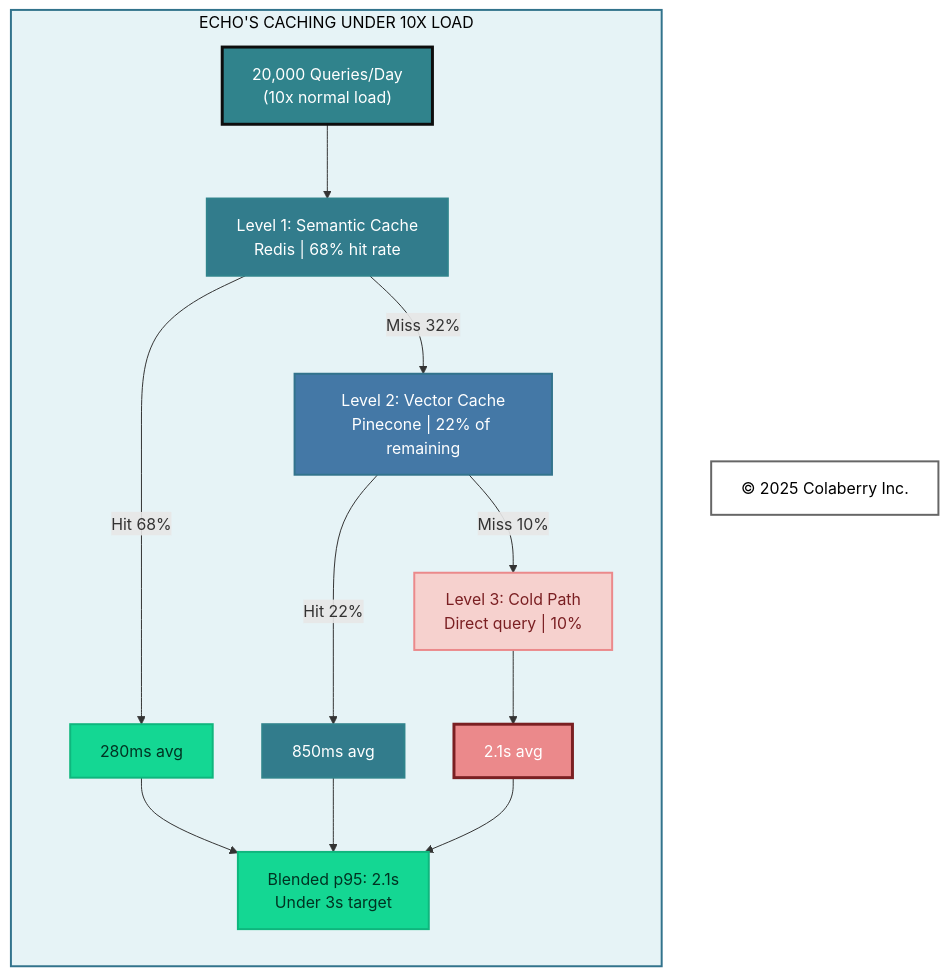
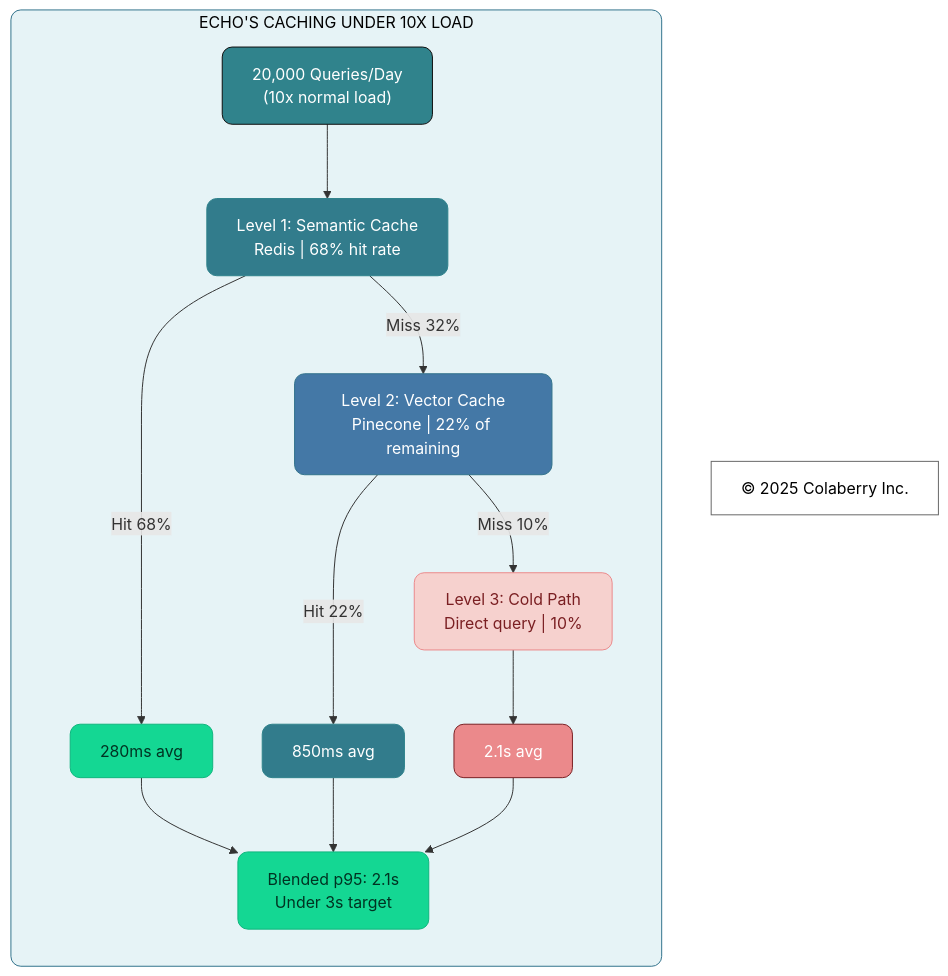
The fifth of 11 diagrams in manuscript/09_chapter_8_architecture_of_trust_in_action.md (colaberry/trust-before-intelligence-book), drawn with Mermaid before and after one commit. The commit also changed other lines of this file and 12 other files, not shown here.

````diff
--- a/manuscript/09_chapter_8_architecture_of_trust_in_action.md
+++ b/manuscript/09_chapter_8_architecture_of_trust_in_action.md
@@ -407,42 +407,42 @@
 ```mermaid
 
 graph TB
     subgraph CACHE["ECHO'S CACHING UNDER 10X LOAD"]
         direction TB
         QUERY["20,000 Queries/Day<br/>(10x normal load)"]
         
         L1["Level 1: Semantic Cache<br/>Redis | 68% hit rate"]
         L2["Level 2: Vector Cache<br/>Pinecone | 22% of remaining"]
         L3["Level 3: Cold Path<br/>Direct query | 10%"]
         
         R1["280ms avg"]
         R2["850ms avg"]
         R3["2.1s avg"]
         
         RESULT["Blended p95: 2.1s<br/>Under 3s target"]
     end
     
     Copyright["© 2025 Colaberry Inc."]
     
     QUERY --> L1
     L1 -->|"Hit 68%"| R1
     L1 -->|"Miss 32%"| L2
     L2 -->|"Hit 22%"| R2
     L2 -->|"Miss 10%"| L3
     L3 --> R3
     R1 --> RESULT
     R2 --> RESULT
     R3 --> RESULT
     
-    style CACHE fill:#E6F3F6,stroke:#32738C,stroke-width:2px,color:#000000
-    style QUERY fill:#30838C,stroke:#0D0D0D,stroke-width:3px,color:#ffffff
-    style L1 fill:#327C8C,stroke:#30838C,stroke-width:2px,color:#ffffff
-    style L2 fill:#4478A6,stroke:#32738C,stroke-width:2px,color:#ffffff
-    style L3 fill:#F6D1CE,stroke:#EB898B,stroke-width:2px,color:#7A1F22
-    style R1 fill:#14D793,stroke:#0FB67D,stroke-width:2px,color:#003322
-    style R2 fill:#327C8C,stroke:#30838C,stroke-width:2px,color:#ffffff
-    style R3 fill:#EB898B,stroke:#7A1F22,stroke-width:3px,color:#ffffff
-    style RESULT fill:#14D793,stroke:#0FB67D,stroke-width:2px,color:#003322
-    style Copyright fill:#ffffff,stroke:#666666,stroke-width:2px,color:#000000
+    style CACHE fill:#E6F3F6,stroke:#32738C,stroke-width:1px,color:#000000,rx:10,ry:10
+    style QUERY fill:#30838C,stroke:#0D0D0D,stroke-width:1px,color:#ffffff,rx:10,ry:10
+    style L1 fill:#327C8C,stroke:#30838C,stroke-width:1px,color:#ffffff,rx:10,ry:10
+    style L2 fill:#4478A6,stroke:#32738C,stroke-width:1px,color:#ffffff,rx:10,ry:10
+    style L3 fill:#F6D1CE,stroke:#EB898B,stroke-width:1px,color:#7A1F22,rx:10,ry:10
+    style R1 fill:#14D793,stroke:#0FB67D,stroke-width:1px,color:#003322,rx:10,ry:10
+    style R2 fill:#327C8C,stroke:#30838C,stroke-width:1px,color:#ffffff,rx:10,ry:10
+    style R3 fill:#EB898B,stroke:#7A1F22,stroke-width:1px,color:#ffffff,rx:10,ry:10
+    style RESULT fill:#14D793,stroke:#0FB67D,stroke-width:1px,color:#003322,rx:10,ry:10
+    style Copyright fill:none,stroke:#666666,stroke-width:1px,color:#000000
 
 ```
````
